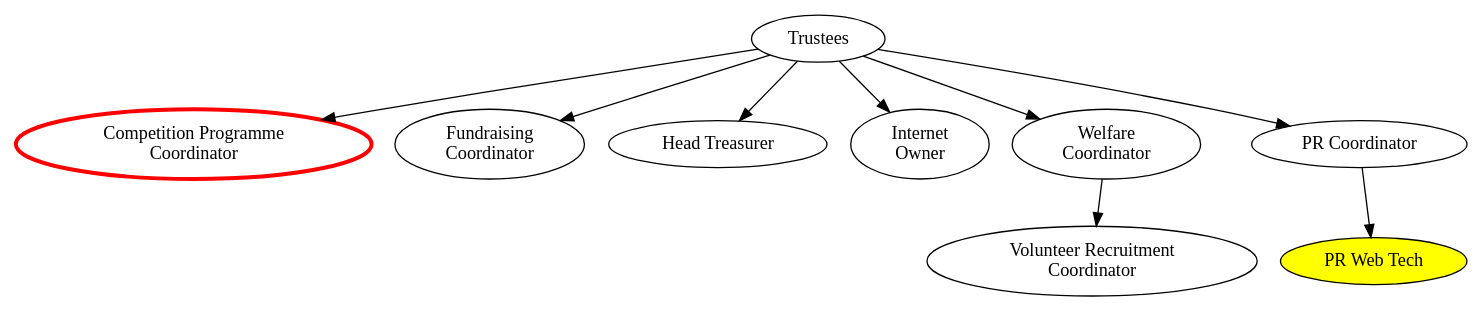
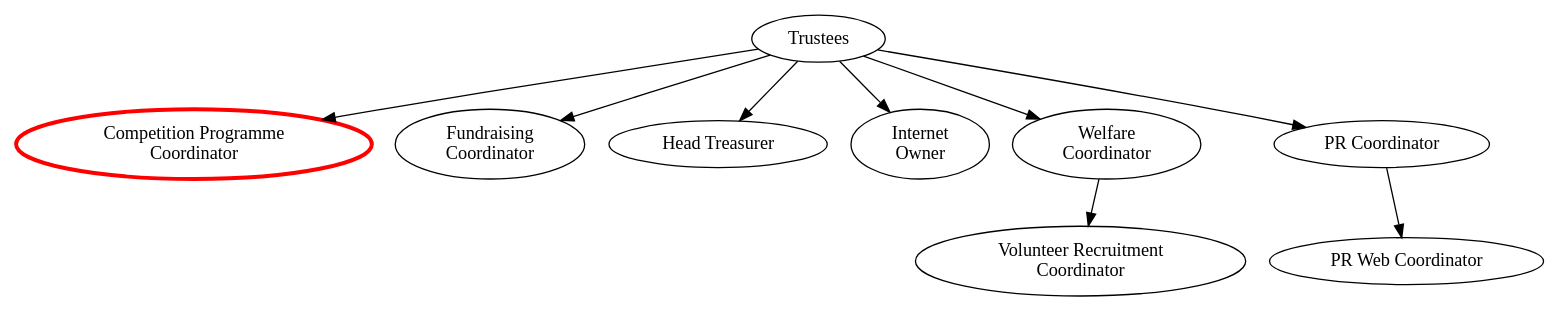
The diagram in org-chart/top.dot (Adimote/legacy-ops-manual), drawn with Graphviz before and after one commit. The commit also changed 1 other file, not shown here.

Commit message:
Rename "PR Web Tech" to "PR Web Coordinator"
And define their role.

```diff
--- a/org-chart/top.dot
+++ b/org-chart/top.dot
@@ -1,28 +1,28 @@
 digraph {
 	####### Node declarations
 	### Highest-level
 	trustees [label="Trustees" email="trustees@studentrobotics.org"];
 	
 	### Second level
 	comp_prog_coord [label="Competition Programme\nCoordinator" color=red penwidth=3 rolesexclude=true]; // Email and tel defined in comp-prog.dot
 	fund_coord [label="Fundraising\nCoordinator" email="fundraising@studentrobotics.org"];
 	head_treasurer [label="Head Treasurer" email="treasurer@studentrobotics.org"];
 	internet_owner [label="Internet\nOwner" email="internet@studentrobotics.org"];
 	welfare_coord [label="Welfare\nCoordinator" email="welfare@studentrobotics.org"];
 	pr_coord [label="PR Coordinator" email="pr@studentrobotics.org"];
 	
 	### Third Level
 	
 	# PR Coordinator Subordinates
-	pr_web_tech [label="PR Web Tech" fillcolor=yellow style=filled contactsexclude=true];
+	pr_web_coord [label="PR Web Coordinator" contactsexclude=true];
 	
 	# Welfare Coordinator Subordinates
 	vol_rec_coord[label="Volunteer Recruitment\nCoordinator" email="volunteer-recruitment@studentrobotics.org"];
 	
 	###### Connections between nodes
 	
 	trustees -> { comp_prog_coord fund_coord head_treasurer pr_coord internet_owner welfare_coord };
 	
-	pr_coord -> { pr_web_tech };
+	pr_coord -> { pr_web_coord };
 	welfare_coord -> { vol_rec_coord };
 }
```
